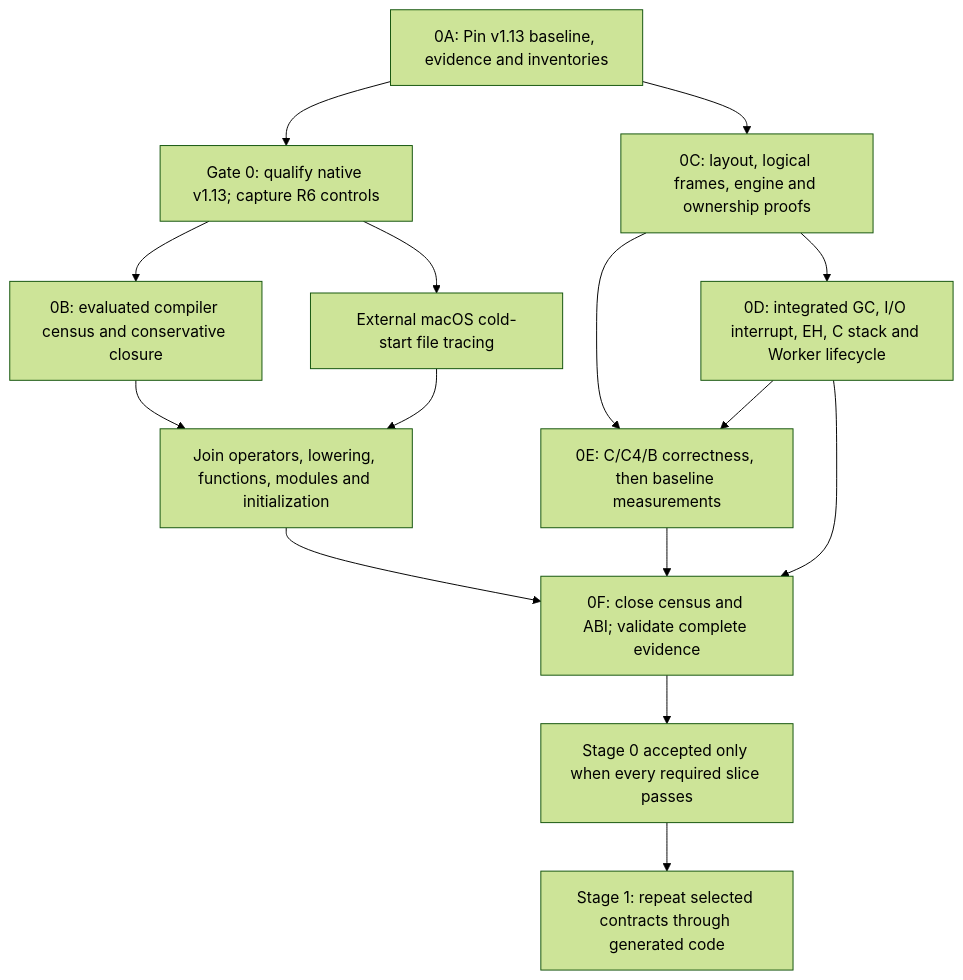
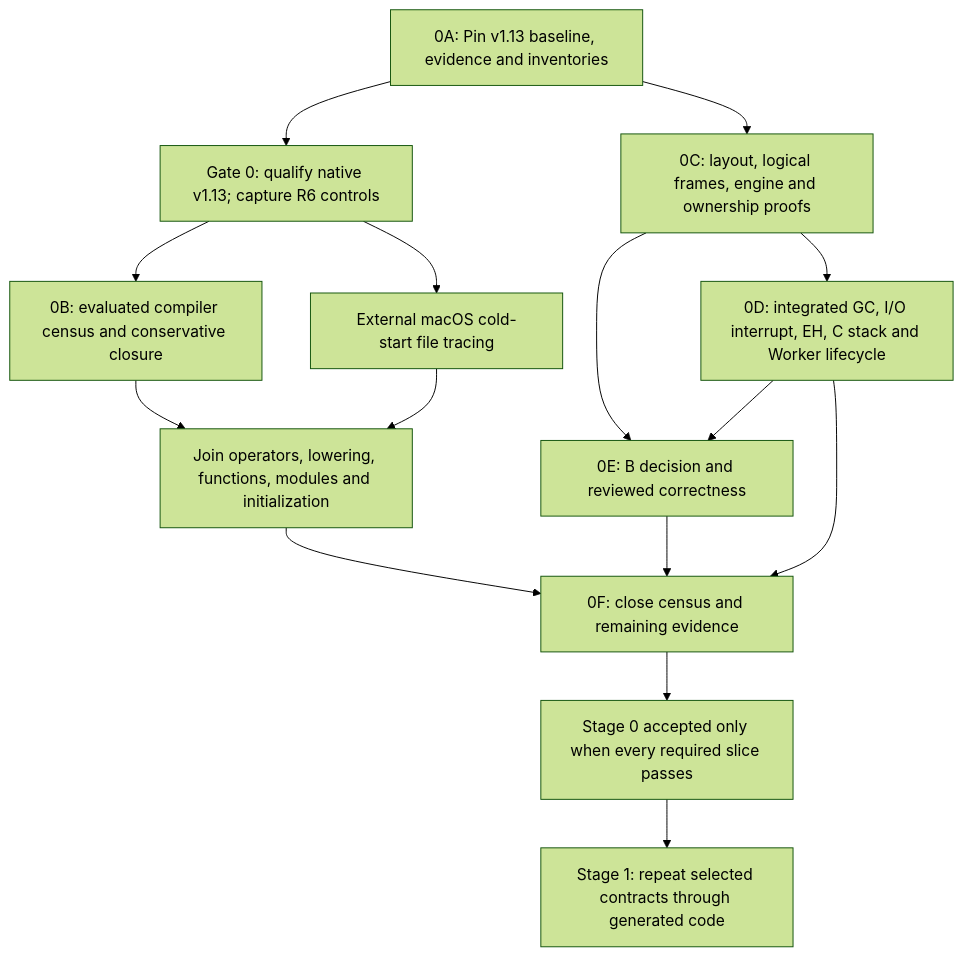
The diagram in doc/WASM/workflow.md (snethert/ccl), drawn with Mermaid (forest theme) before and after one commit. The commit also changed other lines of this file and 22 other files, not shown here.

````diff
--- a/doc/WASM/workflow.md
+++ b/doc/WASM/workflow.md
@@ -5,18 +5,18 @@
 ```mermaid
 flowchart TD
     A[0A: Pin v1.13 baseline, evidence and inventories]
     A --> G[Gate 0: qualify native v1.13; capture R6 controls]
     G --> C[0B: evaluated compiler census and conservative closure]
     G --> T[External macOS cold-start file tracing]
     C --> J[Join operators, lowering, functions, modules and initialization]
     T --> J
     A --> P[0C: layout, logical frames, engine and ownership proofs]
     P --> I[0D: integrated GC, I/O interrupt, EH, C stack and Worker lifecycle]
-    P --> B[0E: C/C4/B correctness, then baseline measurements]
+    P --> B[0E: B decision and reviewed correctness]
     I --> B
-    J --> Q[0F: close census and ABI; validate complete evidence]
+    J --> Q[0F: close census and remaining evidence]
     B --> Q
     I --> Q
     Q --> S[Stage 0 accepted only when every required slice passes]
     S --> N[Stage 1: repeat selected contracts through generated code]
 ```
````
